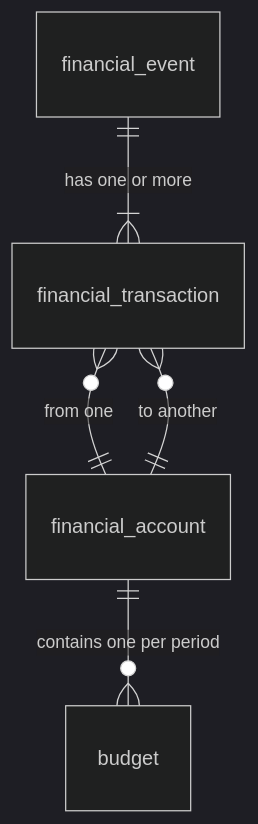
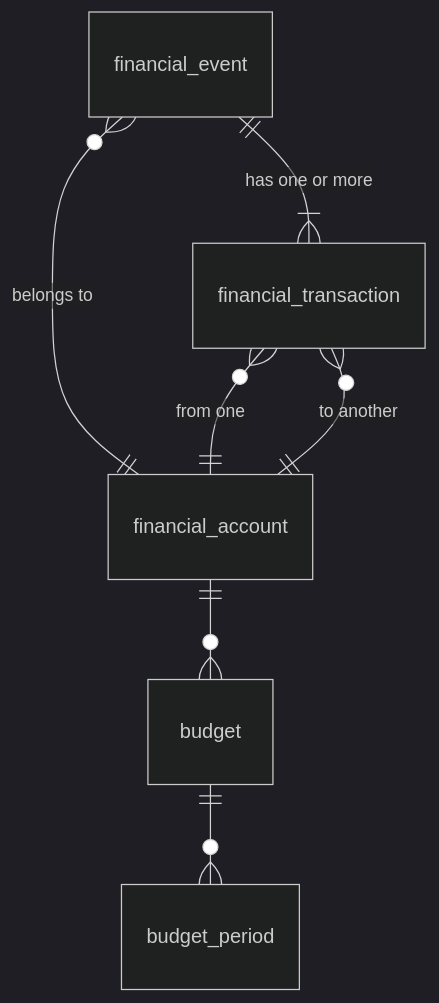
The second of 2 diagrams in DESIGN.md (Byte-Kit/anfi), drawn with Mermaid (dark theme) before and after one commit. The commit also changed other lines of this file, not shown here.

````diff
--- a/DESIGN.md
+++ b/DESIGN.md
@@ -29,12 +29,17 @@
 ```mermaid
 erDiagram
     financial_account
-    budget
     financial_event
     financial_transaction
 
-    financial_account ||--o{ budget: "contains one per period"
+    financial_event }o--|| financial_account: "belongs to"
     financial_event ||--|{ financial_transaction: "has one or more"
     financial_transaction }o--|| financial_account: "from one"
     financial_transaction }o--|| financial_account: "to another"
+
+    budget
+    budget_period
+
+    financial_account ||--o{ budget: ""
+    budget ||--o{ budget_period: ""
 ```
````
